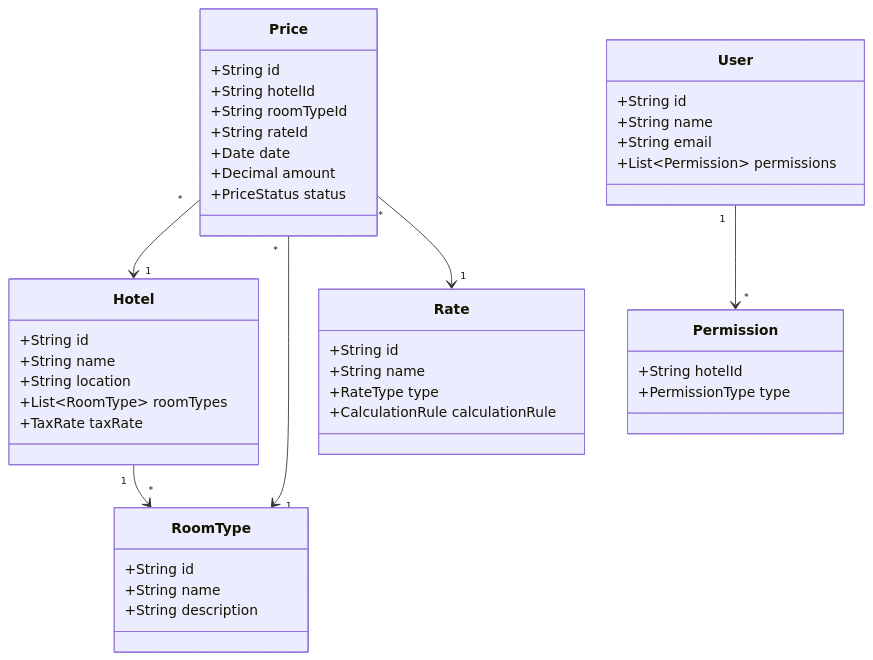
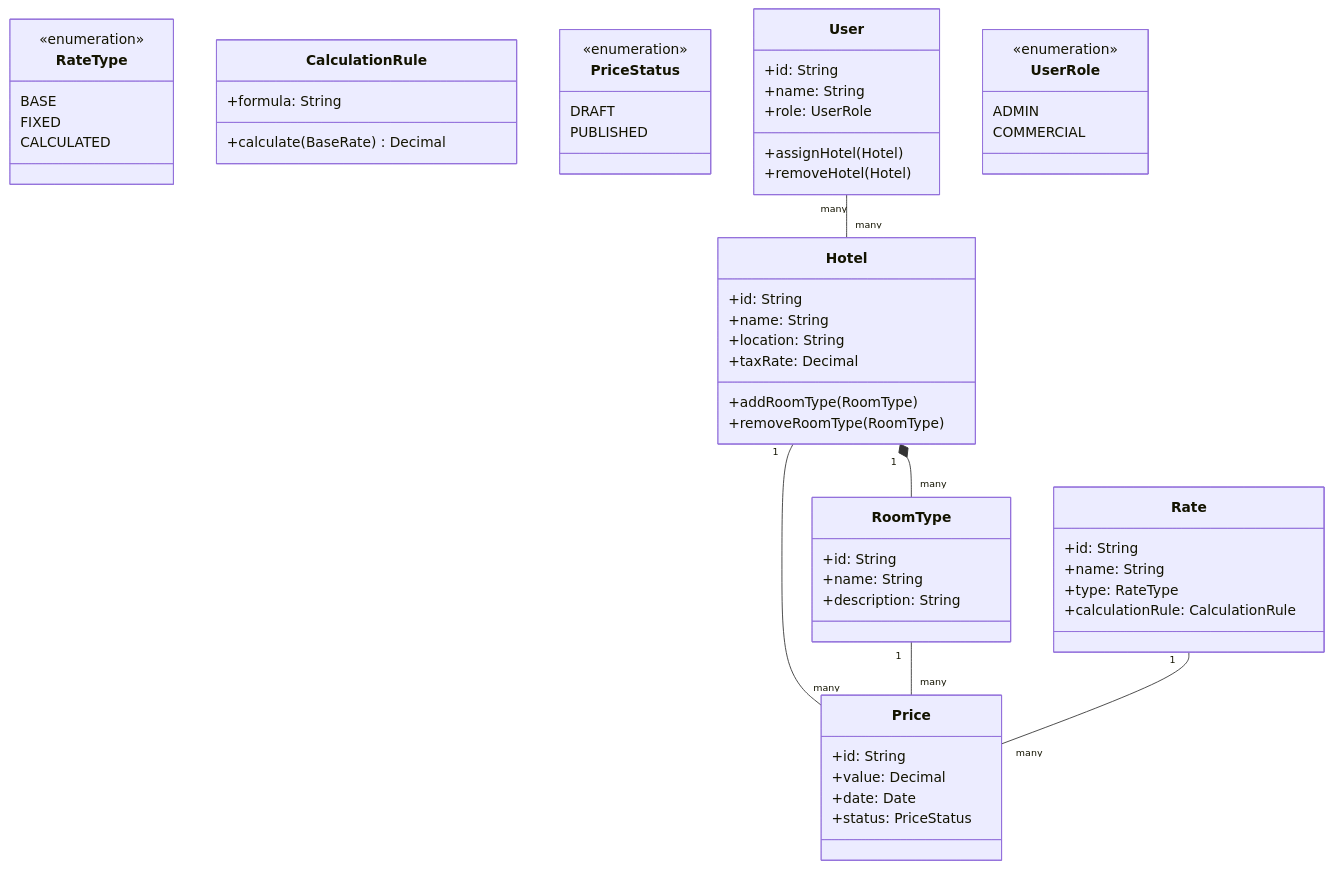
Before and after one commit to otrebmuh/HotelPricingSystem: the second of 7 diagrams in OtherDesigns/ArchitectureZeroShot.md, drawn with Mermaid. The commit also changed other lines of this file, not shown here.

````diff
--- a/OtherDesigns/ArchitectureZeroShot.md
+++ b/OtherDesigns/ArchitectureZeroShot.md
@@ -130,51 +84,69 @@
 ```mermaid
 classDiagram
     class Hotel {
-        +String id
-        +String name
-        +String location
-        +List~RoomType~ roomTypes
-        +TaxRate taxRate
+        +id: String
+        +name: String
+        +location: String
+        +taxRate: Decimal
+        +addRoomType(RoomType)
+        +removeRoomType(RoomType)
     }
     
     class RoomType {
-        +String id
-        +String name
-        +String description
+        +id: String
+        +name: String
+        +description: String
     }
     
     class Rate {
-        +String id
-        +String name
-        +RateType type
-        +CalculationRule calculationRule
+        +id: String
+        +name: String
+        +type: RateType
+        +calculationRule: CalculationRule
+    }
+    
+    class RateType {
+        <<enumeration>>
+        BASE
+        FIXED
+        CALCULATED
+    }
+    
+    class CalculationRule {
+        +formula: String
+        +calculate(BaseRate) Decimal
     }
     
     class Price {
-        +String id
-        +String hotelId
-        +String roomTypeId
-        +String rateId
-        +Date date
-        +Decimal amount
-        +PriceStatus status
+        +id: String
+        +value: Decimal
+        +date: Date
+        +status: PriceStatus
+    }
+    
+    class PriceStatus {
+        <<enumeration>>
+        DRAFT
+        PUBLISHED
     }
     
     class User {
-        +String id
-        +String name
-        +String email
-        +List~Permission~ permissions
+        +id: String
+        +name: String
+        +role: UserRole
+        +assignHotel(Hotel)
+        +removeHotel(Hotel)
     }
     
-    class Permission {
-        +String hotelId
-        +PermissionType type
+    class UserRole {
+        <<enumeration>>
+        ADMIN
+        COMMERCIAL
     }
     
-    Hotel "1" --> "*" RoomType
-    Price "*" --> "1" Hotel
-    Price "*" --> "1" RoomType
-    Price "*" --> "1" Rate
-    User "1" --> "*" Permission
+    Hotel "1" *-- "many" RoomType
+    Hotel "1" -- "many" Price
+    RoomType "1" -- "many" Price
+    Rate "1" -- "many" Price
+    User "many" -- "many" Hotel
 ```
````
